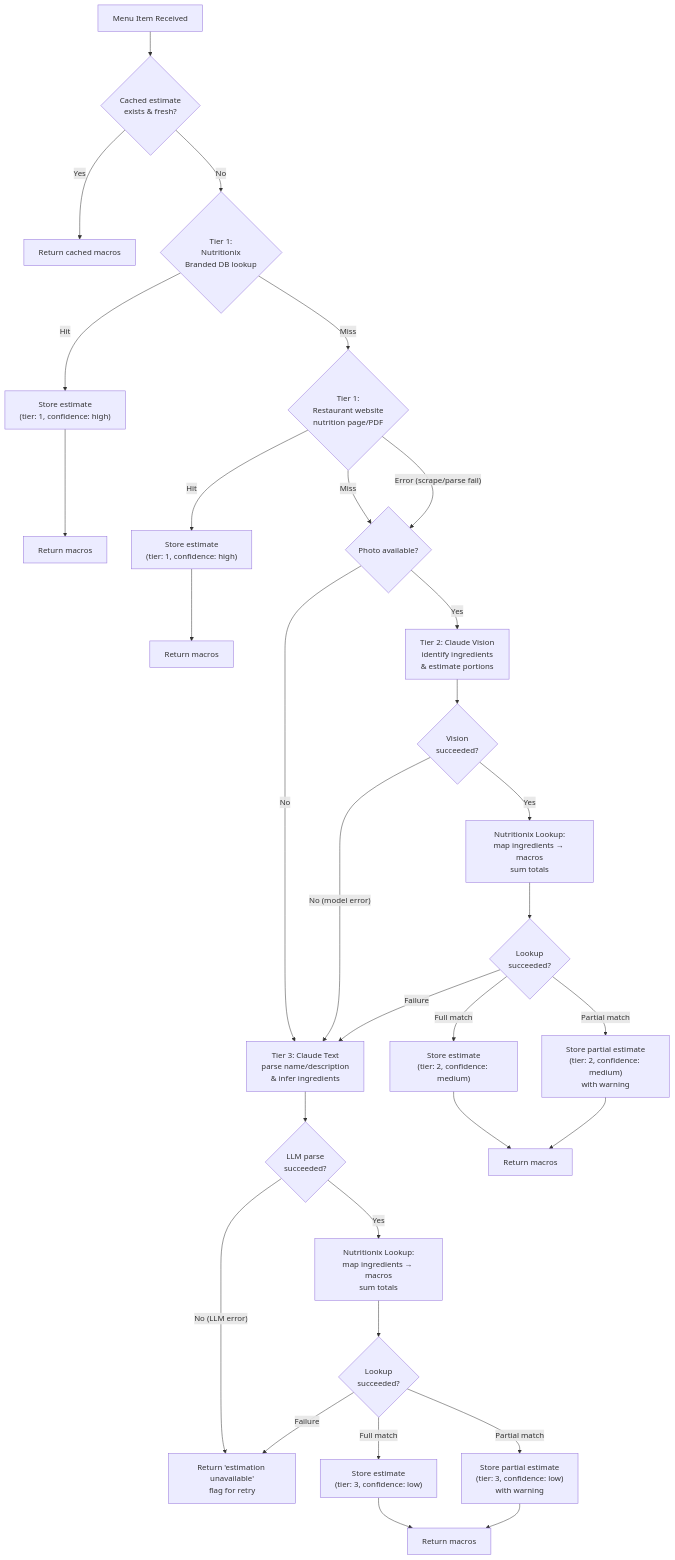
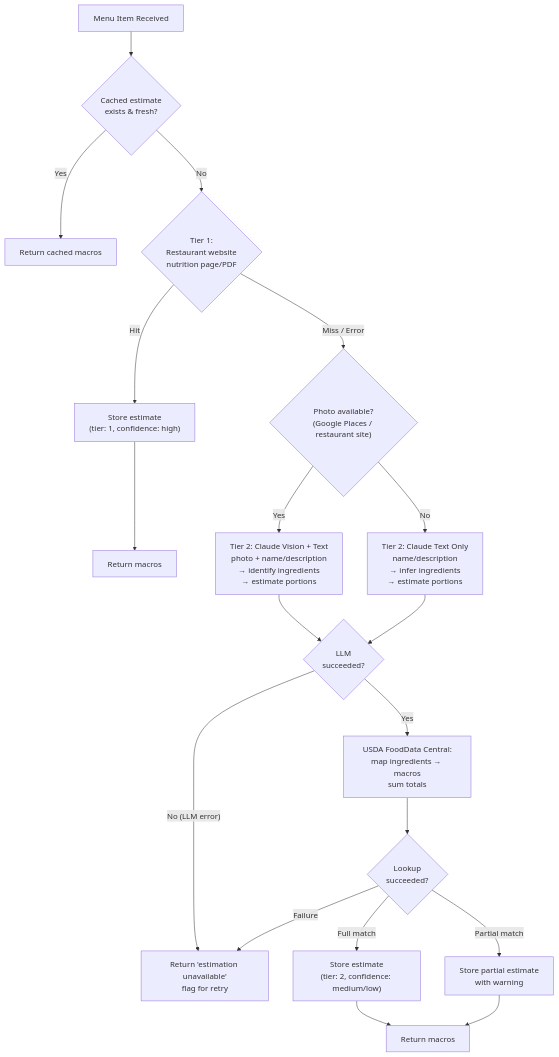
One commit to dgmolla/fitsy changed the second of 3 diagrams in docs/engineering/backend/system-design.md. Above: the diagram before and after it, drawn with Mermaid. The commit also changed other lines of this file and 3 other files, not shown here.

First line of the commit message:
Simplify to 2-tier pipeline, replace Nutritionix with USDA

````diff
--- a/docs/engineering/backend/system-design.md
+++ b/docs/engineering/backend/system-design.md
@@ -112,45 +104,29 @@
 ```mermaid
 flowchart TD
     Start["Menu Item Received"] --> CacheCheck{"Cached estimate\nexists & fresh?"}
 
     CacheCheck -- "Yes" --> ReturnCached["Return cached macros"]
-    CacheCheck -- "No" --> T1NX{"Tier 1:\nNutritionix\nBranded DB lookup"}
+    CacheCheck -- "No" --> T1{"Tier 1:\nRestaurant website\nnutrition page/PDF"}
 
-    T1NX -- "Hit" --> StoreT1A["Store estimate\n(tier: 1, confidence: high)"]
-    StoreT1A --> Return1["Return macros"]
+    T1 -- "Hit" --> StoreT1["Store estimate\n(tier: 1, confidence: high)"]
+    StoreT1 --> Return1["Return macros"]
 
-    T1NX -- "Miss" --> T1Web{"Tier 1:\nRestaurant website\nnutrition page/PDF"}
+    T1 -- "Miss / Error" --> PhotoCheck{"Photo available?\n(Google Places / restaurant site)"}
 
-    T1Web -- "Hit" --> StoreT1B["Store estimate\n(tier: 1, confidence: high)"]
-    StoreT1B --> Return2["Return macros"]
+    PhotoCheck -- "Yes" --> T2Photo["Tier 2: Claude Vision + Text\nphoto + name/description\n→ identify ingredients\n→ estimate portions"]
+    PhotoCheck -- "No" --> T2Text["Tier 2: Claude Text Only\nname/description\n→ infer ingredients\n→ estimate portions"]
 
-    T1Web -- "Miss" --> PhotoCheck{"Photo available?"}
-    T1Web -- "Error (scrape/parse fail)" --> PhotoCheck
+    T2Photo --> T2OK{"LLM\nsucceeded?"}
+    T2Text --> T2OK
 
-    PhotoCheck -- "Yes" --> T2["Tier 2: Claude Vision\nidentify ingredients\n& estimate portions"]
-    PhotoCheck -- "No" --> T3["Tier 3: Claude Text\nparse name/description\n& infer ingredients"]
+    T2OK -- "Yes" --> USDA["USDA FoodData Central:\nmap ingredients → macros\nsum totals"]
+    T2OK -- "No (LLM error)" --> Unavailable["Return 'estimation unavailable'\nflag for retry"]
 
-    T2 --> T2OK{"Vision\nsucceeded?"}
-    T2OK -- "Yes" --> NXLookup2["Nutritionix Lookup:\nmap ingredients → macros\nsum totals"]
-    T2OK -- "No (model error)" --> T3
+    USDA --> USDAOK{"Lookup\nsucceeded?"}
+    USDAOK -- "Full match" --> StoreT2["Store estimate\n(tier: 2, confidence: medium/low)"]
+    USDAOK -- "Partial match" --> StoreT2Warn["Store partial estimate\nwith warning"]
+    USDAOK -- "Failure" --> Unavailable
 
-    T3 --> T3OK{"LLM parse\nsucceeded?"}
-    T3OK -- "Yes" --> NXLookup3["Nutritionix Lookup:\nmap ingredients → macros\nsum totals"]
-    T3OK -- "No (LLM error)" --> Unavailable["Return 'estimation unavailable'\nflag for retry"]
-
-    NXLookup2 --> NX2OK{"Lookup\nsucceeded?"}
-    NX2OK -- "Full match" --> StoreT2["Store estimate\n(tier: 2, confidence: medium)"]
-    NX2OK -- "Partial match" --> StoreT2Warn["Store partial estimate\n(tier: 2, confidence: medium)\nwith warning"]
-    NX2OK -- "Failure" --> T3
-
-    StoreT2 --> Return3["Return macros"]
-    StoreT2Warn --> Return3
-
-    NXLookup3 --> NX3OK{"Lookup\nsucceeded?"}
-    NX3OK -- "Full match" --> StoreT3["Store estimate\n(tier: 3, confidence: low)"]
-    NX3OK -- "Partial match" --> StoreT3Warn["Store partial estimate\n(tier: 3, confidence: low)\nwith warning"]
-    NX3OK -- "Failure" --> Unavailable
-
-    StoreT3 --> Return4["Return macros"]
-    StoreT3Warn --> Return4
+    StoreT2 --> Return2["Return macros"]
+    StoreT2Warn --> Return2
 ```
````
